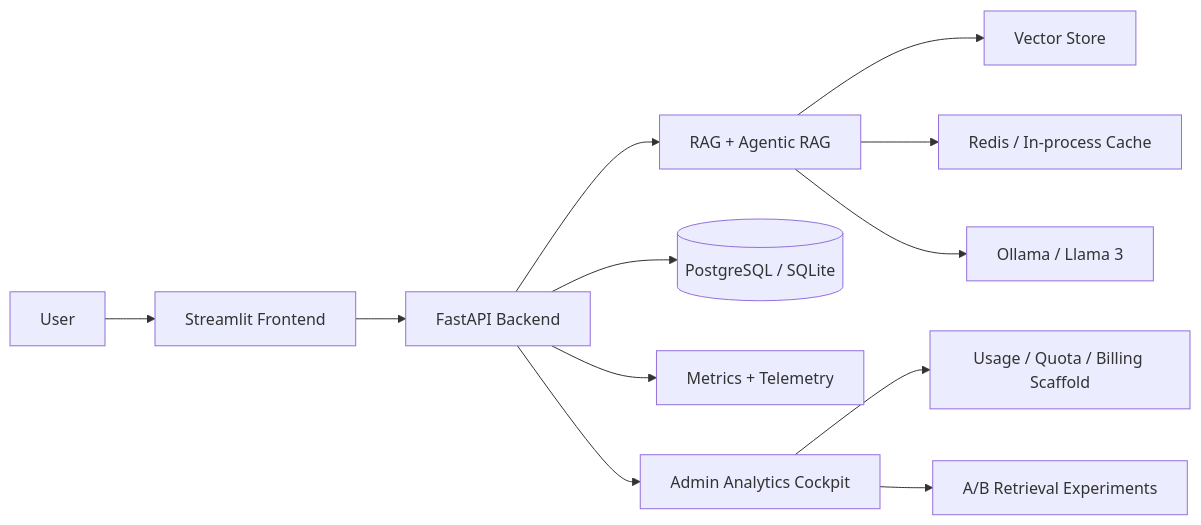
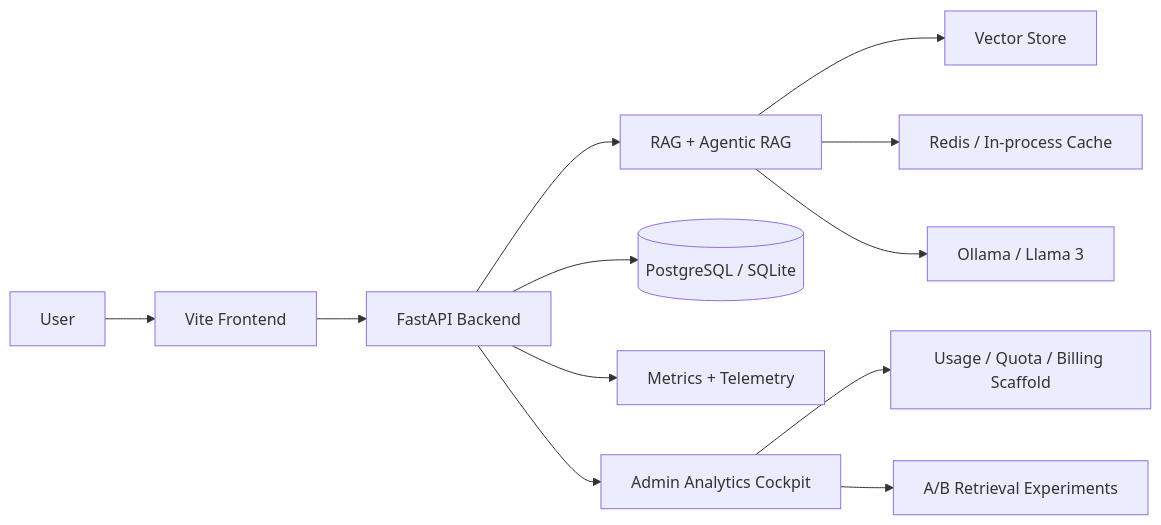
One commit to Sankalp1729/DocuMind-AI changed the first of 2 diagrams in README.md. Above: the diagram before and after it, drawn with Mermaid. The commit also changed other lines of this file and 2 other files, not shown here.

Commit message:
fix: align frontend docker wiring

````diff
--- a/README.md
+++ b/README.md
@@ -16,14 +16,14 @@
 ```mermaid
 flowchart LR
-	U[User] --> FE[Streamlit Frontend]
+	U[User] --> FE[Vite Frontend]
 	FE --> API[FastAPI Backend]
 	API --> RAG[RAG + Agentic RAG]
 	RAG --> VS[Vector Store]
 	RAG --> CACHE[Redis / In-process Cache]
 	RAG --> OLLAMA[Ollama / Llama 3]
 	API --> DB[(PostgreSQL / SQLite)]
 	API --> MET[Metrics + Telemetry]
 	API --> ADM[Admin Analytics Cockpit]
 	ADM --> USG[Usage / Quota / Billing Scaffold]
 	ADM --> EXP[A/B Retrieval Experiments]
 ```
````
